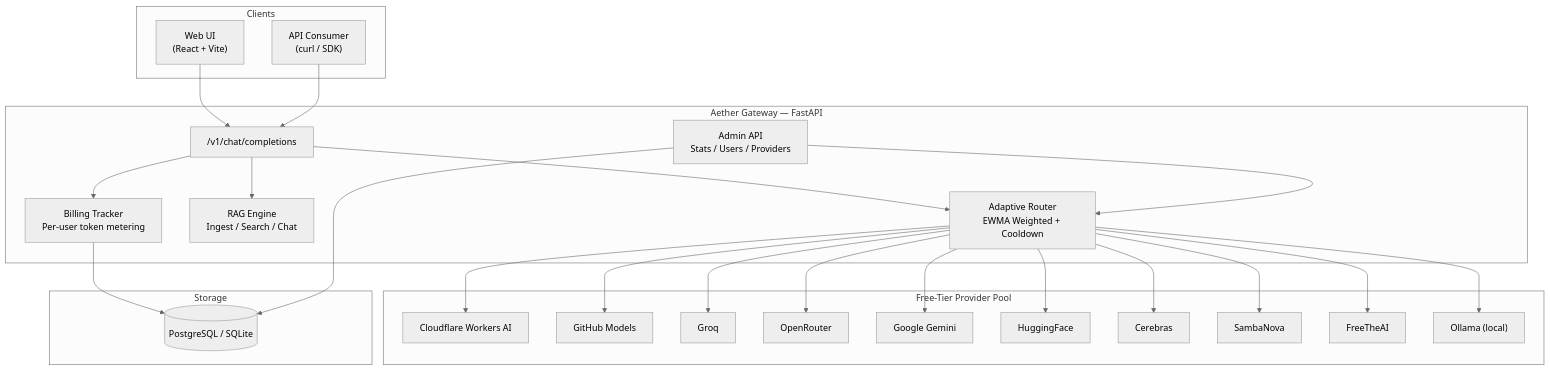
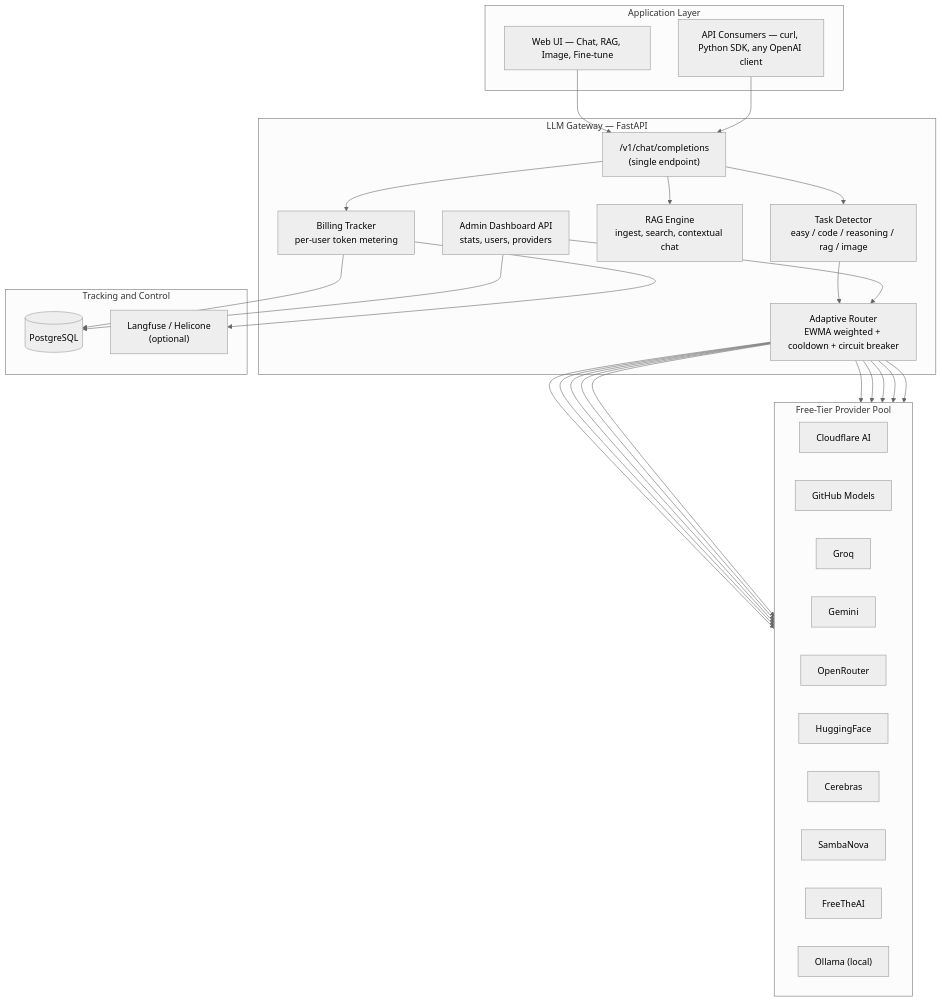
Before and after one commit to nleins5/free-ai-gateway: the first of 5 diagrams in README.md, drawn with Mermaid (neutral theme). The commit also changed other lines of this file, not shown here.

````diff
--- a/README.md
+++ b/README.md
@@ -9,51 +30,56 @@
 ```mermaid
 graph TB
-    subgraph Clients
-        WEB["Web UI<br/>(React + Vite)"]
-        API_CLIENT["API Consumer<br/>(curl / SDK)"]
+    subgraph Application ["Application Layer"]
+        WEB["Web UI — Chat, RAG, Image, Fine-tune"]
+        SDK["API Consumers — curl, Python SDK, any OpenAI client"]
     end
 
-    subgraph Gateway ["Aether Gateway — FastAPI"]
-        ENDPOINT["/v1/chat/completions"]
-        ROUTER["Adaptive Router<br/>EWMA Weighted + Cooldown"]
-        RAG["RAG Engine<br/>Ingest / Search / Chat"]
-        BILLING["Billing Tracker<br/>Per-user token metering"]
-        ADMIN_API["Admin API<br/>Stats / Users / Providers"]
+    subgraph Gateway ["LLM Gateway — FastAPI"]
+        EP["/v1/chat/completions<br/>(single endpoint)"]
+        TD["Task Detector<br/>easy / code / reasoning / rag / image"]
+        ROUTER["Adaptive Router<br/>EWMA weighted + cooldown + circuit breaker"]
+        BILLING["Billing Tracker<br/>per-user token metering"]
+        RAG["RAG Engine<br/>ingest, search, contextual chat"]
+        ADMIN["Admin Dashboard API<br/>stats, users, providers"]
     end
 
     subgraph Providers ["Free-Tier Provider Pool"]
-        CF["Cloudflare Workers AI"]
+        direction LR
+        CF["Cloudflare AI"]
         GH["GitHub Models"]
         GROQ["Groq"]
+        GEM["Gemini"]
         OR["OpenRouter"]
-        GEM["Google Gemini"]
         HF["HuggingFace"]
         CB["Cerebras"]
         SN["SambaNova"]
         FTA["FreeTheAI"]
         OL["Ollama (local)"]
     end
 
-    subgraph Storage
-        DB[(PostgreSQL / SQLite)]
+    subgraph Observability ["Tracking and Control"]
+        DB[(PostgreSQL)]
+        LANG["Langfuse / Helicone<br/>(optional)"]
     end
 
-    WEB --> ENDPOINT
-    API_CLIENT --> ENDPOINT
-    ENDPOINT --> ROUTER
-    ENDPOINT --> RAG
-    ENDPOINT --> BILLING
+    WEB --> EP
+    SDK --> EP
+    EP --> TD
+    TD --> ROUTER
+    EP --> RAG
+    EP --> BILLING
     ROUTER --> CF
     ROUTER --> GH
     ROUTER --> GROQ
+    ROUTER --> GEM
     ROUTER --> OR
-    ROUTER --> GEM
     ROUTER --> HF
     ROUTER --> CB
     ROUTER --> SN
     ROUTER --> FTA
     ROUTER --> OL
     BILLING --> DB
-    ADMIN_API --> DB
-    ADMIN_API --> ROUTER
+    ADMIN --> DB
+    ADMIN --> ROUTER
+    BILLING --> LANG
 ```
````
